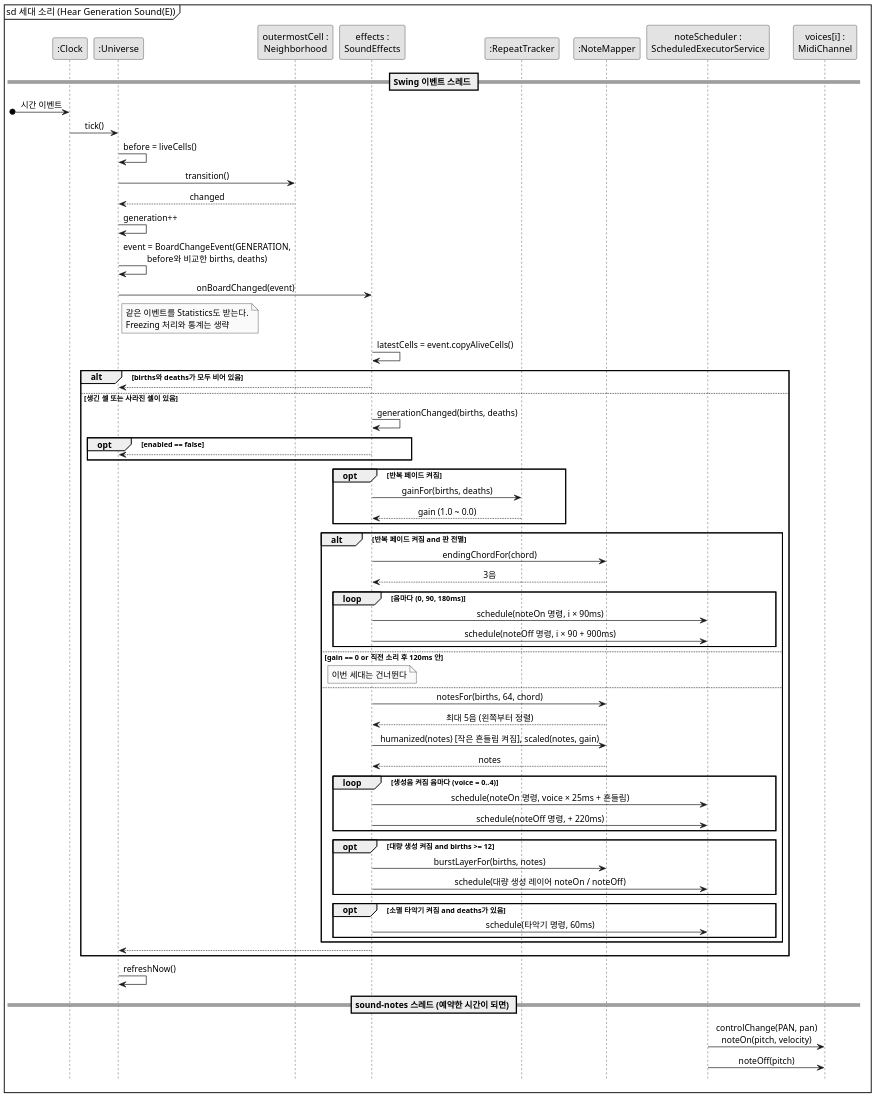
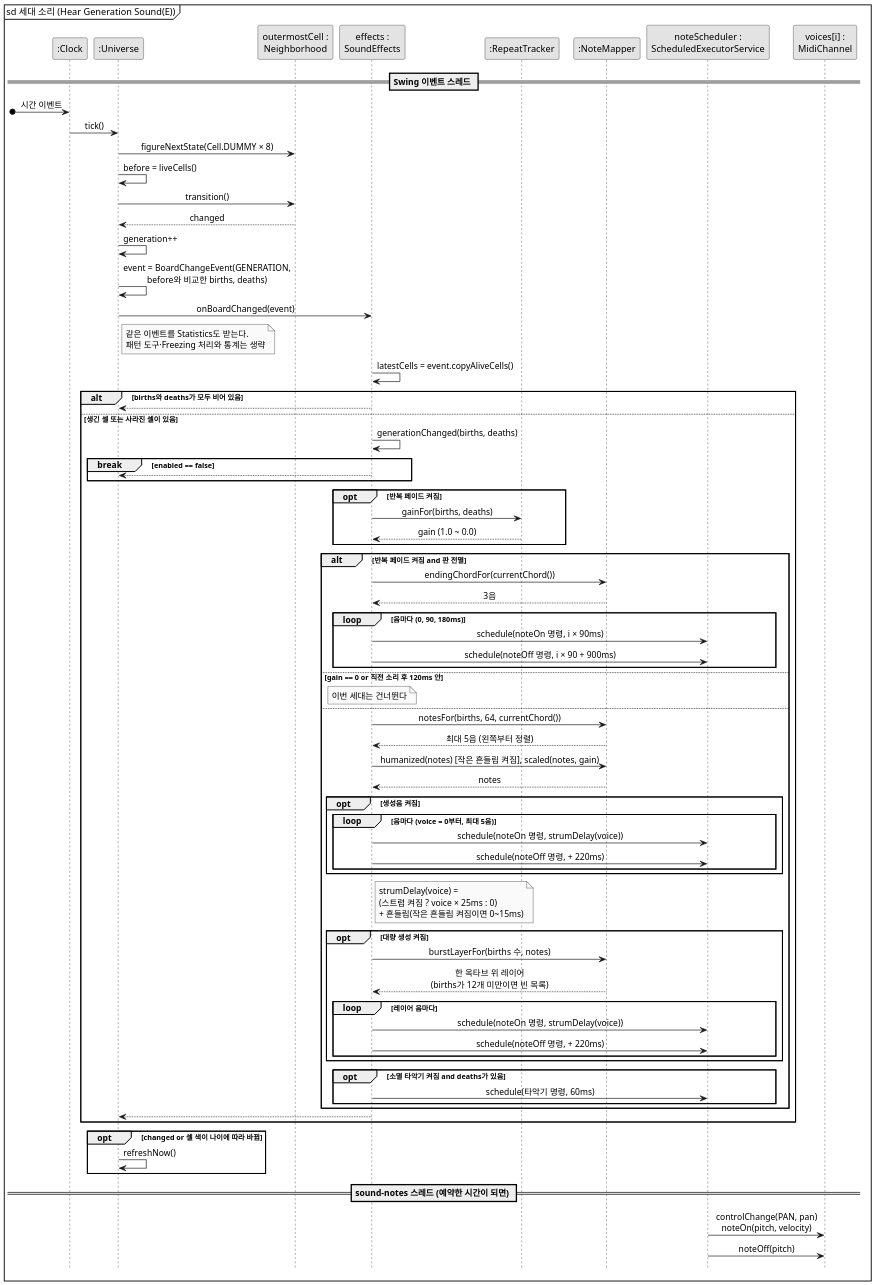
One commit to mckimR1972/DP_team_project changed the diagram in docs/sound-effects/diagram/sd-generation.puml. Above: the diagram before and after it, drawn with PlantUML. The commit also changed 21 other files, not shown here.

First line of the commit message:
docs(sound): 다이어그램을 표기 통일안과 코드에 맞춤

```diff
--- a/docs/sound-effects/diagram/sd-generation.puml
+++ b/docs/sound-effects/diagram/sd-generation.puml
@@ -1,78 +1,88 @@
 @startuml sd-generation
 skinparam monochrome true
 skinparam dpi 150
 skinparam shadowing false
 skinparam defaultFontName "Malgun Gothic"
 skinparam sequenceMessageAlign center
 hide footbox
 mainframe sd 세대 소리 (Hear Generation Sound(E))
 
 participant ":Clock" as C
 participant ":Universe" as U
 participant "outermostCell :\nNeighborhood" as N
 participant "effects :\nSoundEffects" as S
 participant ":RepeatTracker" as R
 participant ":NoteMapper" as NM
 participant "noteScheduler :\nScheduledExecutorService" as Q
 participant "voices[i] :\nMidiChannel" as V
 
 == Swing 이벤트 스레드 ==
 
 [o-> C : 시간 이벤트
 C -> U : tick()
+U -> N : figureNextState(Cell.DUMMY × 8)
 U -> U : before = liveCells()
 U -> N : transition()
 N --> U : changed
 U -> U : generation++
 U -> U : event = BoardChangeEvent(GENERATION,\nbefore와 비교한 births, deaths)
 U -> S : onBoardChanged(event)
-note right of U : 같은 이벤트를 Statistics도 받는다.\nFreezing 처리와 통계는 생략
+note right of U : 같은 이벤트를 Statistics도 받는다.\n패턴 도구·Freezing 처리와 통계는 생략
 S -> S : latestCells = event.copyAliveCells()
 
 alt births와 deaths가 모두 비어 있음
   S --> U
 else 생긴 셀 또는 사라진 셀이 있음
   S -> S : generationChanged(births, deaths)
-  opt enabled == false
+  break enabled == false
     S --> U
   end
   opt 반복 페이드 켜짐
     S -> R : gainFor(births, deaths)
     R --> S : gain (1.0 ~ 0.0)
   end
 
   alt 반복 페이드 켜짐 and 판 전멸
-    S -> NM : endingChordFor(chord)
+    S -> NM : endingChordFor(currentChord())
     NM --> S : 3음
     loop 음마다 (0, 90, 180ms)
       S -> Q : schedule(noteOn 명령, i × 90ms)
       S -> Q : schedule(noteOff 명령, i × 90 + 900ms)
     end
   else gain == 0 or 직전 소리 후 120ms 안
     note over S : 이번 세대는 건너뛴다
   else
-    S -> NM : notesFor(births, 64, chord)
+    S -> NM : notesFor(births, 64, currentChord())
     NM --> S : 최대 5음 (왼쪽부터 정렬)
     S -> NM : humanized(notes) [작은 흔들림 켜짐], scaled(notes, gain)
     NM --> S : notes
-    loop 생성음 켜짐 음마다 (voice = 0..4)
-      S -> Q : schedule(noteOn 명령, voice × 25ms + 흔들림)
-      S -> Q : schedule(noteOff 명령, + 220ms)
+    opt 생성음 켜짐
+      loop 음마다 (voice = 0부터, 최대 5음)
+        S -> Q : schedule(noteOn 명령, strumDelay(voice))
+        S -> Q : schedule(noteOff 명령, + 220ms)
+      end
     end
-    opt 대량 생성 켜짐 and births >= 12
-      S -> NM : burstLayerFor(births, notes)
-      S -> Q : schedule(대량 생성 레이어 noteOn / noteOff)
+    note right of S : strumDelay(voice) =\n(스트럼 켜짐 ? voice × 25ms : 0)\n+ 흔들림(작은 흔들림 켜짐이면 0~15ms)
+    opt 대량 생성 켜짐
+      S -> NM : burstLayerFor(births 수, notes)
+      NM --> S : 한 옥타브 위 레이어\n(births가 12개 미만이면 빈 목록)
+      loop 레이어 음마다
+        S -> Q : schedule(noteOn 명령, strumDelay(voice))
+        S -> Q : schedule(noteOff 명령, + 220ms)
+      end
     end
     opt 소멸 타악기 켜짐 and deaths가 있음
       S -> Q : schedule(타악기 명령, 60ms)
     end
   end
   S --> U
 end
-U -> U : refreshNow()
+opt changed or 셀 색이 나이에 따라 바뀜
+  U -> U : refreshNow()
+end
 
 == sound-notes 스레드 (예약한 시간이 되면) ==
 
 Q -> V : controlChange(PAN, pan)\nnoteOn(pitch, velocity)
 Q -> V : noteOff(pitch)
 @enduml
```
